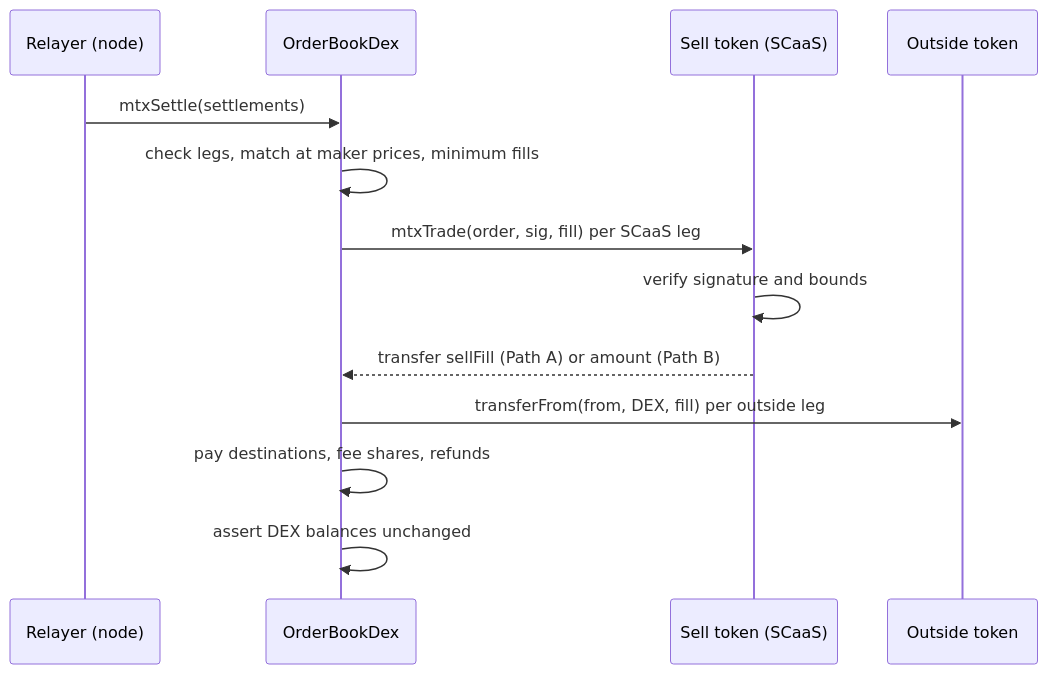
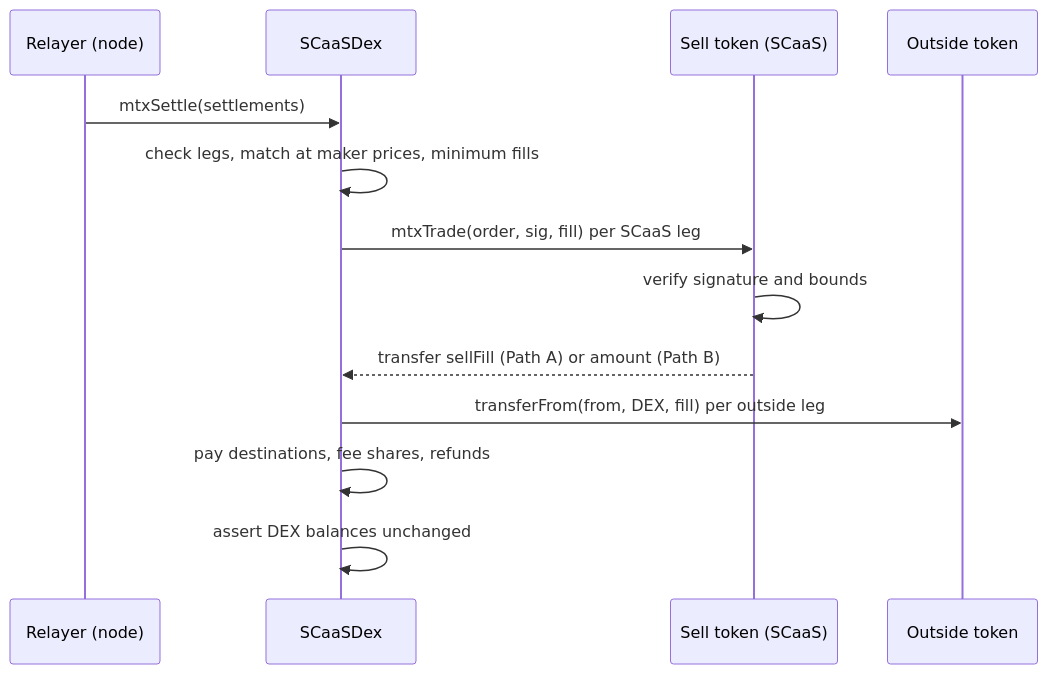
One commit to dinhduongha/scaas changed the diagram in docs/contracts/dex.md. Above: the diagram before and after it, drawn with Mermaid. The commit also changed other lines of this file and 26 other files, not shown here.

First line of the commit message:
Rename OrderBookDex to SCaaSDex (EIP-712 domain "SCaaS Dex"), regenerate dex_kat, update node and docs

````diff
--- a/docs/contracts/dex.md
+++ b/docs/contracts/dex.md
@@ -36,15 +36,15 @@
 ```mermaid
 sequenceDiagram
     participant R as Relayer (node)
-    participant D as OrderBookDex
+    participant D as SCaaSDex
     participant T as Sell token (SCaaS)
     participant O as Outside token
     R->>D: mtxSettle(settlements)
     D->>D: check legs, match at maker prices, minimum fills
     D->>T: mtxTrade(order, sig, fill) per SCaaS leg
     T->>T: verify signature and bounds
     T-->>D: transfer sellFill (Path A) or amount (Path B)
     D->>O: transferFrom(from, DEX, fill) per outside leg
     D->>D: pay destinations, fee shares, refunds
     D->>D: assert DEX balances unchanged
 ```
````
